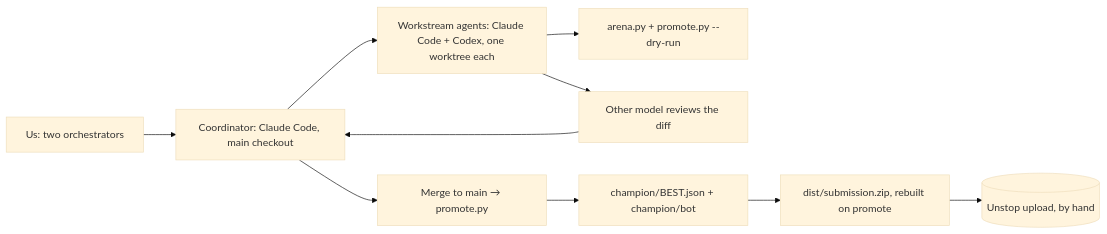
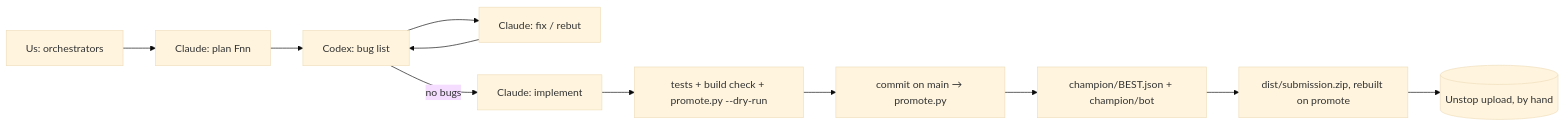
Before and after one commit to adarshkr7/pokerbot_larpmaxxxin: the diagram in DEVELOPMENT.md, drawn with Mermaid (base theme). The commit also changed other lines of this file and 17 other files, not shown here.

First line of the commit message:
Switch to plan -> Codex review -> implement loop; add F01 plan

````diff
--- a/DEVELOPMENT.md
+++ b/DEVELOPMENT.md
@@ -22,12 +22,13 @@
 ```mermaid
 flowchart LR
-    you[Us: two orchestrators] --> coord[Coordinator: Claude Code, main checkout]
-    coord --> ws[Workstream agents: Claude Code + Codex, one worktree each]
-    ws --> dry[arena.py + promote.py --dry-run]
-    ws --> rev[Other model reviews the diff]
-    rev --> coord
-    coord --> promote[Merge to main → promote.py]
+    us[Us: orchestrators] --> plan[Claude: plan Fnn]
+    plan --> codex[Codex: bug list]
+    codex --> fix[Claude: fix / rebut]
+    fix --> codex
+    codex -- no bugs --> impl[Claude: implement]
+    impl --> dry[tests + build check + promote.py --dry-run]
+    dry --> promote[commit on main → promote.py]
     promote --> best[champion/BEST.json + champion/bot]
     best --> zip[dist/submission.zip, rebuilt on promote]
     zip --> unstop[(Unstop upload, by hand)]
 ```
````
